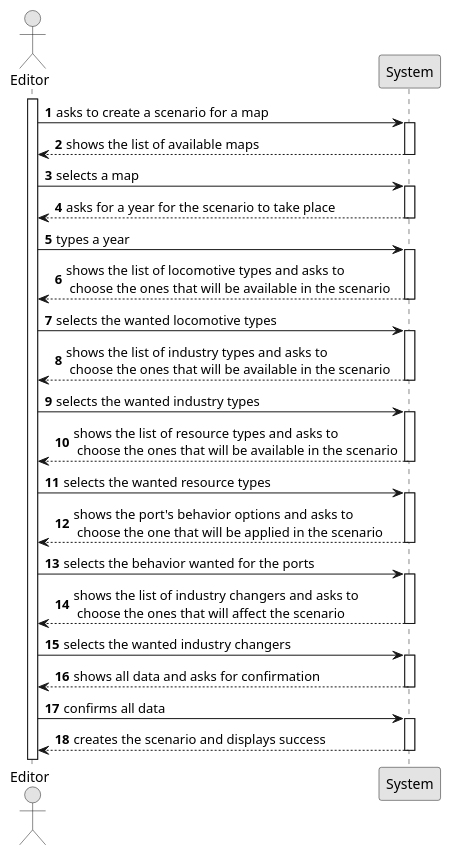
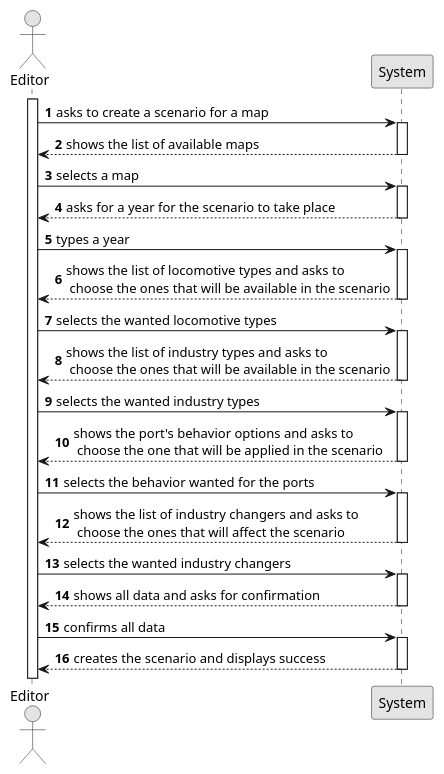
Before and after one commit to 1240935/pi2-railway-simulator: the diagram in Sprint2/US004/01.requirements-engineering/puml/US004-SSD.puml, drawn with PlantUML. The commit also changed 7 other files, not shown here.

```diff
--- a/Sprint2/US004/01.requirements-engineering/puml/US004-SSD.puml
+++ b/Sprint2/US004/01.requirements-engineering/puml/US004-SSD.puml
@@ -1,66 +1,60 @@
 @startuml
 skinparam monochrome true
 skinparam packageStyle rectangle
 skinparam shadowing false
 
 autonumber
 
 actor "Editor" as Employee
 participant "System" as System
 
 activate Employee
 
     Employee -> System : asks to create a scenario for a map
     activate System
 
         System --> Employee : shows the list of available maps
     deactivate System
 
     Employee -> System : selects a map
     activate System
 
     System --> Employee : asks for a year for the scenario to take place
     deactivate System
 
     Employee -> System : types a year
     activate System
 
     System --> Employee : shows the list of locomotive types and asks to \n choose the ones that will be available in the scenario
     deactivate System
 
     Employee -> System : selects the wanted locomotive types
     activate System
 
     System --> Employee : shows the list of industry types and asks to \n choose the ones that will be available in the scenario
     deactivate System
 
     Employee -> System : selects the wanted industry types
     activate System
 
-    System --> Employee : shows the list of resource types and asks to \n choose the ones that will be available in the scenario
-    deactivate System
-
-    Employee -> System : selects the wanted resource types
-    activate System
-
     System --> Employee : shows the port's behavior options and asks to \n choose the one that will be applied in the scenario
     deactivate System
 
     Employee -> System : selects the behavior wanted for the ports
     activate System
 
     System --> Employee : shows the list of industry changers and asks to \n choose the ones that will affect the scenario
     deactivate System
 
     Employee -> System : selects the wanted industry changers
     activate System
 
     System --> Employee : shows all data and asks for confirmation
     deactivate System
 
     Employee -> System : confirms all data
     activate System
 
     System --> Employee : creates the scenario and displays success
     deactivate System
 @enduml
```
